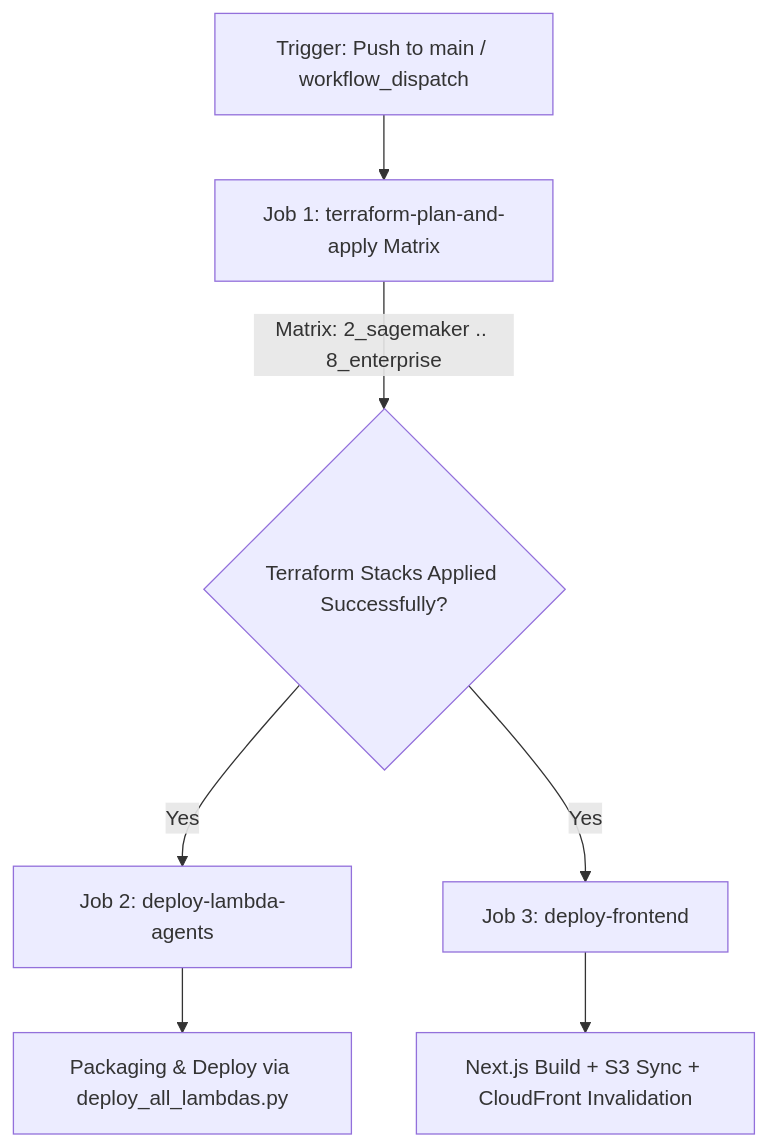
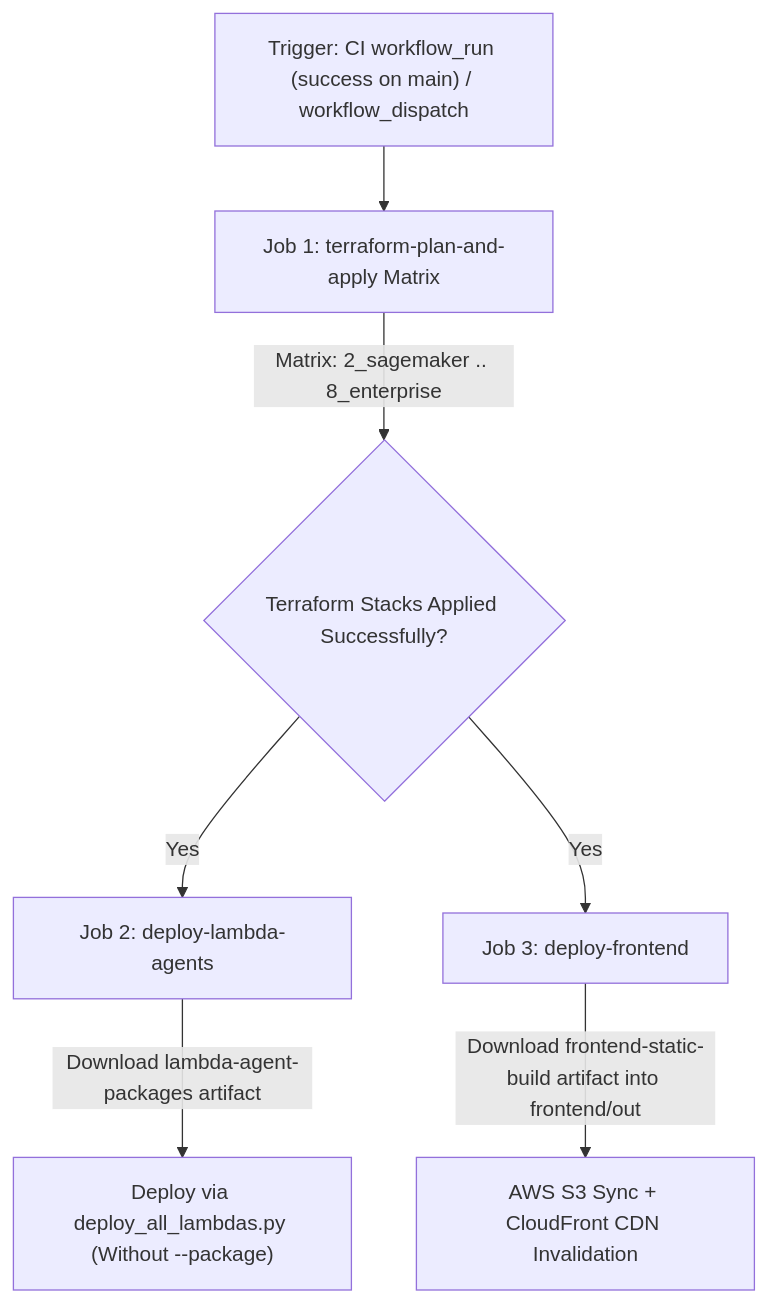
Before and after one commit to ajponte/alex: the diagram in docs/specs/infrastructure/github_cd_spec.md, drawn with Mermaid. The commit also changed other lines of this file, not shown here.

````diff
--- a/docs/specs/infrastructure/github_cd_spec.md
+++ b/docs/specs/infrastructure/github_cd_spec.md
@@ -94,9 +113,9 @@
 ```mermaid
 graph TD
-    A["Trigger: Push to main / workflow_dispatch"] --> B["Job 1: terraform-plan-and-apply Matrix"]
+    A["Trigger: CI workflow_run (success on main) / workflow_dispatch"] --> B["Job 1: terraform-plan-and-apply Matrix"]
     B -->|"Matrix: 2_sagemaker .. 8_enterprise"| C{"Terraform Stacks Applied Successfully?"}
     C -->|"Yes"| D["Job 2: deploy-lambda-agents"]
     C -->|"Yes"| E["Job 3: deploy-frontend"]
-    D --> F["Packaging & Deploy via deploy_all_lambdas.py"]
-    E --> G["Next.js Build + S3 Sync + CloudFront Invalidation"]
+    D -->|"Download lambda-agent-packages artifact"| F["Deploy via deploy_all_lambdas.py (Without --package)"]
+    E -->|"Download frontend-static-build artifact into frontend/out"| G["AWS S3 Sync + CloudFront CDN Invalidation"]
 ```
````
